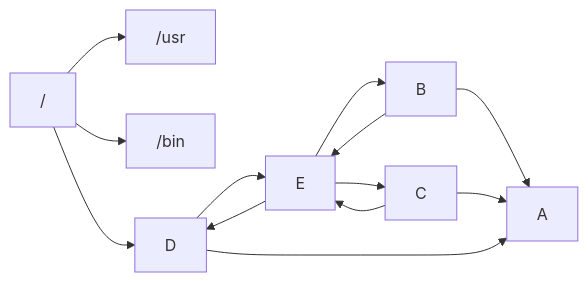
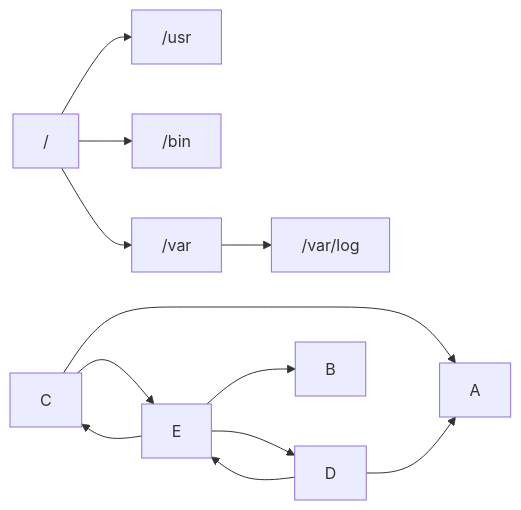
The diagram in labs/1.1-file-navigation.md (blanco-pipelines/plat-eng), drawn with Mermaid before and after one commit.

Commit message:
Modify file navigation diagram in markdown
Updated the file navigation diagram to include /var and /var/log.

````diff
--- a/labs/1.1-file-navigation.md
+++ b/labs/1.1-file-navigation.md
@@ -135,10 +135,10 @@
    ```mermaid
    graph LR;
-       /--> /usr & /bin & D
-       B--> A & E
+       /--> /usr & /bin & /var
+       /var--> /var/log
        C--> A & E
        D--> A & E
        E--> B & C & D
 
 
    ```
````
